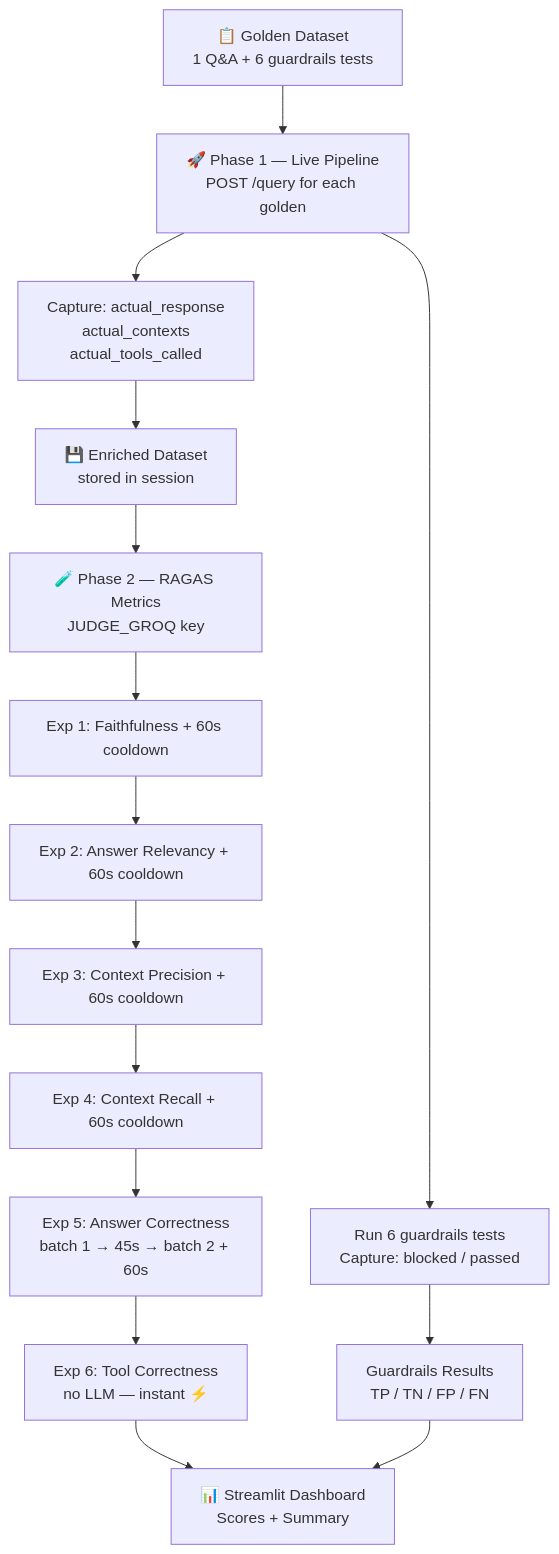
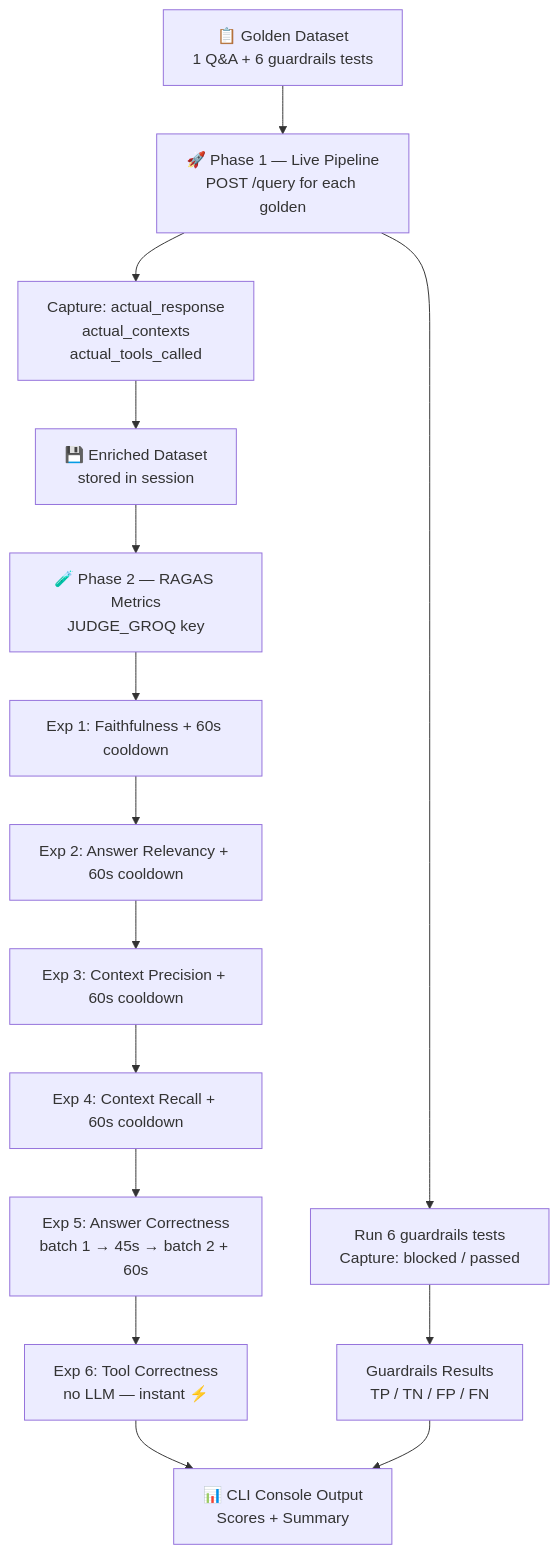
Before and after one commit to MuhammadUmerKhan/portfolio-web-bot: the diagram in docs/12_EVALS_PIPELINE.md, drawn with Mermaid. The commit also changed other lines of this file and 1 other file, not shown here.

Commit message:
docs: remove openrouter and streamlit references from remaining docs

````diff
--- a/docs/12_EVALS_PIPELINE.md
+++ b/docs/12_EVALS_PIPELINE.md
@@ -81,22 +81,22 @@
 ```mermaid
 flowchart TD
     A[📋 Golden Dataset\n1 Q&A + 6 guardrails tests] --> B
 
     B[🚀 Phase 1 — Live Pipeline\nPOST /query for each golden]
     B --> C[Capture: actual_response\nactual_contexts\nactual_tools_called]
     B --> D[Run 6 guardrails tests\nCapture: blocked / passed]
 
     C --> E[💾 Enriched Dataset\nstored in session]
     D --> F[Guardrails Results\nTP / TN / FP / FN]
 
     E --> G[🧪 Phase 2 — RAGAS Metrics\nJUDGE_GROQ key]
     G --> H[Exp 1: Faithfulness + 60s cooldown]
     H --> I[Exp 2: Answer Relevancy + 60s cooldown]
     I --> J[Exp 3: Context Precision + 60s cooldown]
     J --> K[Exp 4: Context Recall + 60s cooldown]
     K --> L[Exp 5: Answer Correctness\nbatch 1 → 45s → batch 2 + 60s]
     L --> M[Exp 6: Tool Correctness\nno LLM — instant ⚡]
 
-    M --> N[📊 Streamlit Dashboard\nScores + Summary]
+    M --> N[📊 CLI Console Output\nScores + Summary]
     F --> N
 ```
````
